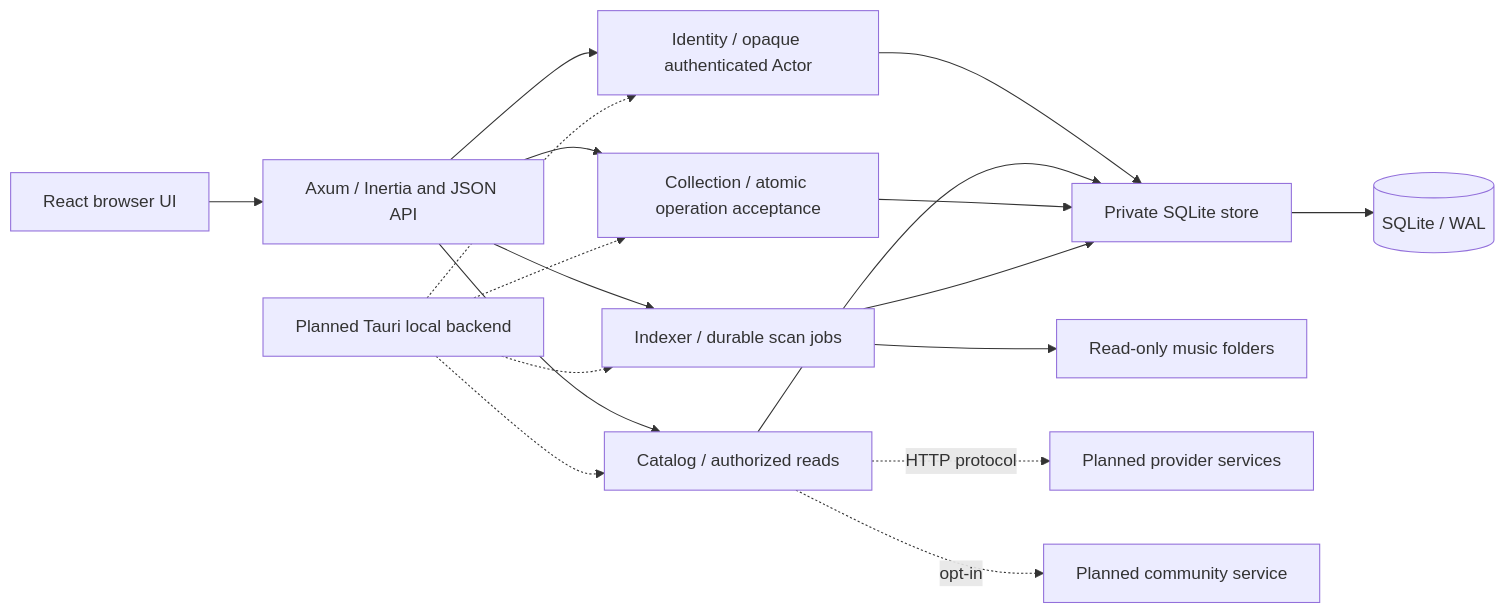
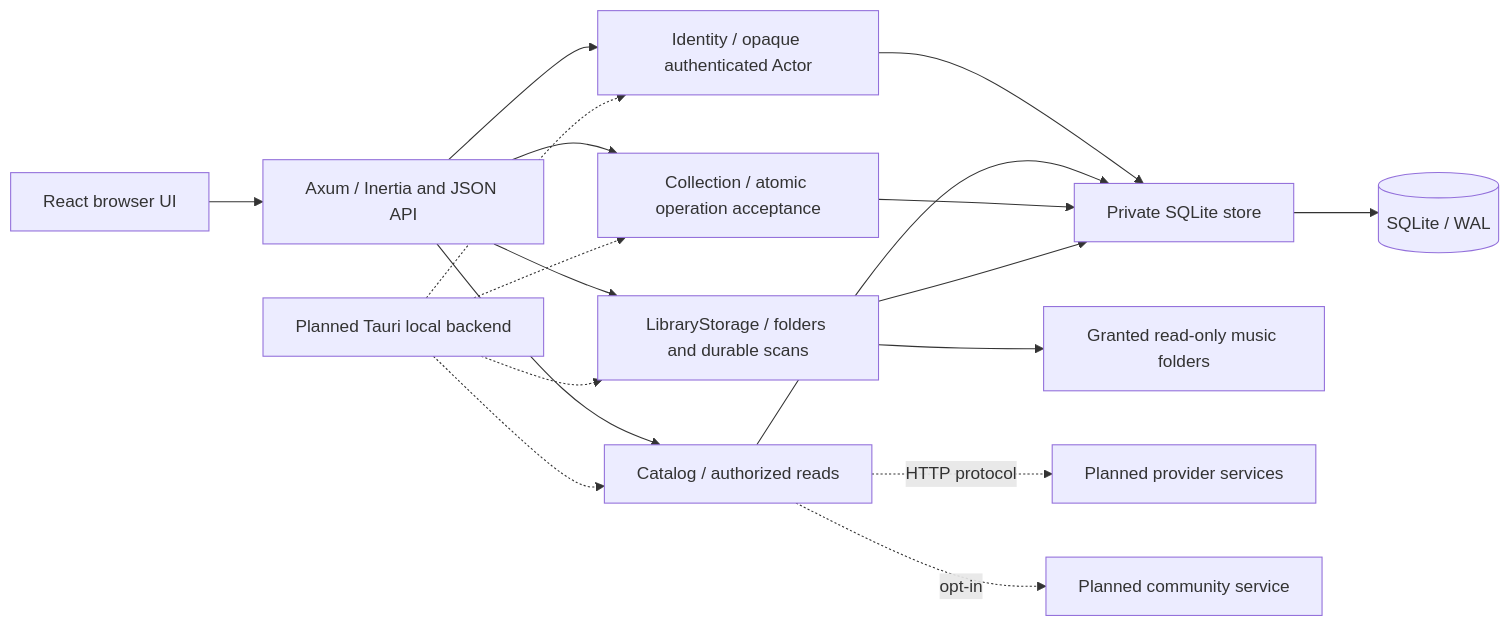
Before and after one commit to acidiney/hitoapp: the first of 4 diagrams in docs/architecture.md, drawn with Mermaid. The commit also changed other lines of this file and 1 other file, not shown here.

````diff
--- a/docs/architecture.md
+++ b/docs/architecture.md
@@ -5,20 +5,20 @@
 ```mermaid
 flowchart LR
   Browser[React browser UI] --> HTTP[Axum / Inertia and JSON API]
   HTTP --> Identity[Identity / opaque authenticated Actor]
   HTTP --> Catalog[Catalog / authorized reads]
   HTTP --> Collection[Collection / atomic operation acceptance]
-  HTTP --> Indexer[Indexer / durable scan jobs]
+  HTTP --> Storage[LibraryStorage / folders and durable scans]
   Identity --> Store[Private SQLite store]
   Catalog --> Store
   Collection --> Store
-  Indexer --> Store
+  Storage --> Store
   Store --> DB[(SQLite / WAL)]
-  Indexer --> Music[Read-only music folders]
+  Storage --> Music[Granted read-only music folders]
   Desktop[Planned Tauri local backend] -.-> Identity
   Desktop -.-> Catalog
   Desktop -.-> Collection
-  Desktop -.-> Indexer
+  Desktop -.-> Storage
   Catalog -. HTTP protocol .-> Plugins[Planned provider services]
   Catalog -. opt-in .-> Community[Planned community service]
 ```
````
